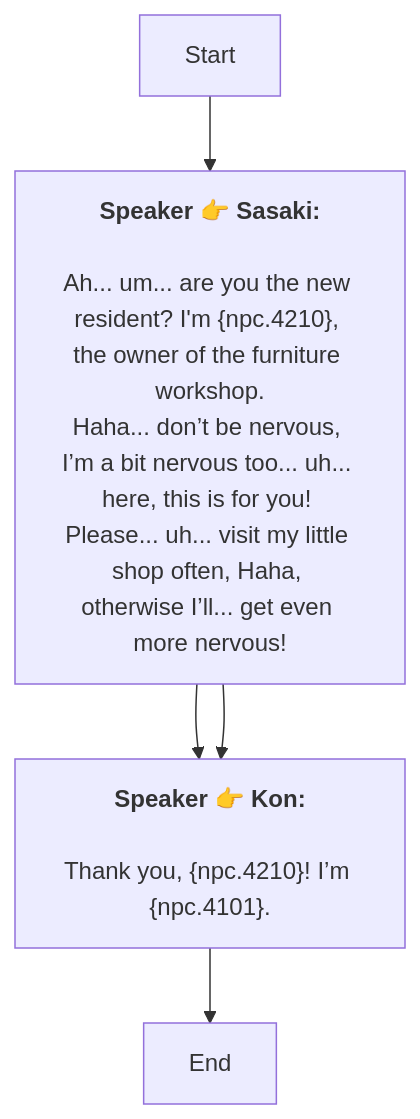
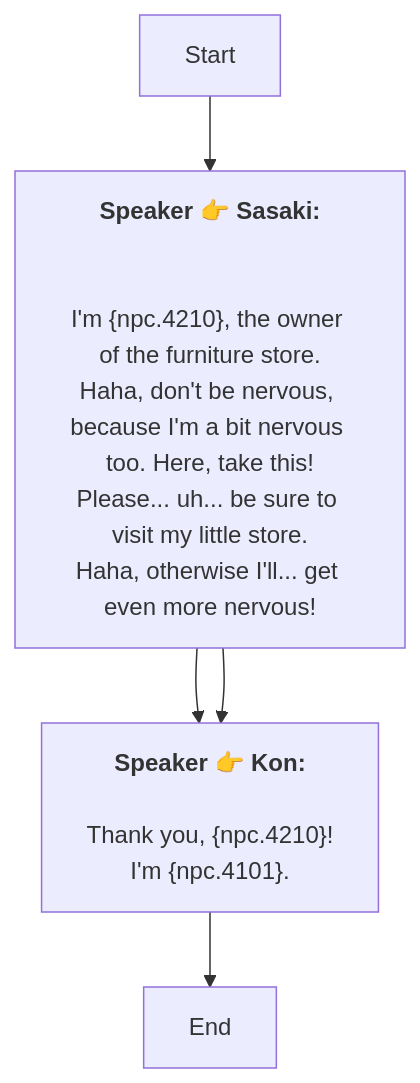
One commit to SoftHu/tos_avg changed the diagram in En/QuestTalkObjectiveNode_1768166266109839.md. Above: the diagram before and after it, drawn with Mermaid. The commit also changed 312 other files, not shown here.

````diff
--- a/En/QuestTalkObjectiveNode_1768166266109839.md
+++ b/En/QuestTalkObjectiveNode_1768166266109839.md
@@ -1,15 +1,20 @@
 ```mermaid
 graph
 Start -->1768166337206163[<b>Speaker 👉 Sasaki:</b>
 
-Ah... um... are you the new resident? I'm &lbrace;npc.4210&rbrace;, the owner of the furniture workshop.
-Haha... don’t be nervous, I’m a bit nervous too... uh... here, this is for you! Please... uh... visit my little shop often, Haha, otherwise I’ll... get even more nervous!]
+
+I'm &lbrace;npc.4210&rbrace;, the owner of the furniture store.
+Haha, don't be nervous, because I'm a bit nervous too. Here, take this!
+Please... uh... be sure to visit my little store.
+Haha, otherwise I'll... get even more nervous!]
 1768166337206163 -->1768166575083412[<b>Speaker 👉 Kon:</b>
 
-Thank you, &lbrace;npc.4210&rbrace;! I’m &lbrace;npc.4101&rbrace;.]
+Thank you, &lbrace;npc.4210&rbrace;!
+I'm &lbrace;npc.4101&rbrace;.]
 1768166337206163 -->1768166575083412[<b>Speaker 👉 Kon:</b>
 
-Thank you, &lbrace;npc.4210&rbrace;! I’m &lbrace;npc.4101&rbrace;.]
+Thank you, &lbrace;npc.4210&rbrace;!
+I'm &lbrace;npc.4101&rbrace;.]
 1768166575083412 -->1768166331924370[End]
 
  ```
````
